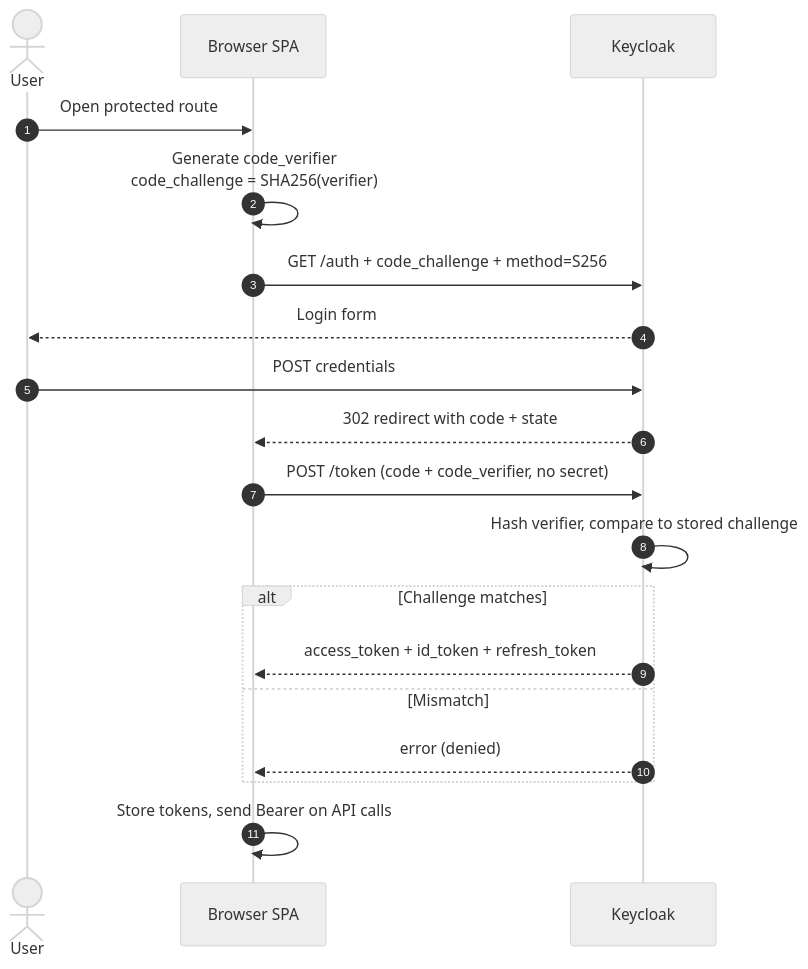
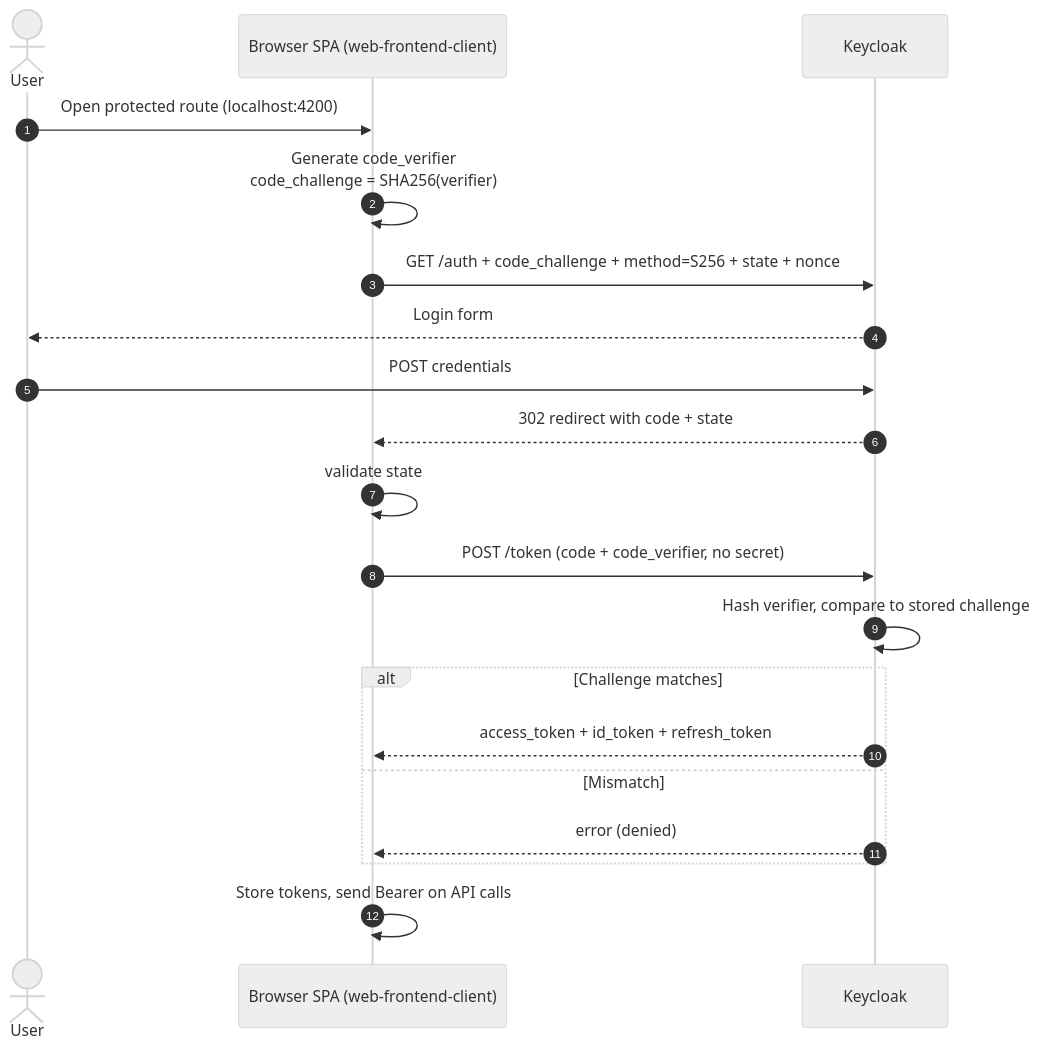
Before and after one commit to mohamad4444/cloud-native-purchase-system: the second of 13 diagrams in docs/_drafts/thesis-concepts.md, drawn with Mermaid (neutral theme). The commit also changed other lines of this file and 5 other files, not shown here.

Commit message:
docs: correct diagram inaccuracies found in source-code review

````diff
--- a/docs/_drafts/thesis-concepts.md
+++ b/docs/_drafts/thesis-concepts.md
@@ -35,21 +38,22 @@
 ```mermaid
 sequenceDiagram
   autonumber
   actor User
-  participant SPA as Browser SPA
+  participant SPA as Browser SPA (web-frontend-client)
   participant KC as Keycloak
-  User->>SPA: Open protected route
+  User->>SPA: Open protected route (localhost:4200)
   SPA->>SPA: Generate code_verifier<br/>code_challenge = SHA256(verifier)
-  SPA->>KC: GET /auth + code_challenge + method=S256
+  SPA->>KC: GET /auth + code_challenge + method=S256 + state + nonce
   KC-->>User: Login form
   User->>KC: POST credentials
   KC-->>SPA: 302 redirect with code + state
+  SPA->>SPA: validate state
   SPA->>KC: POST /token (code + code_verifier, no secret)
   KC->>KC: Hash verifier, compare to stored challenge
   alt Challenge matches
     KC-->>SPA: access_token + id_token + refresh_token
   else Mismatch
     KC-->>SPA: error (denied)
   end
   SPA->>SPA: Store tokens, send Bearer on API calls
 ```
````
